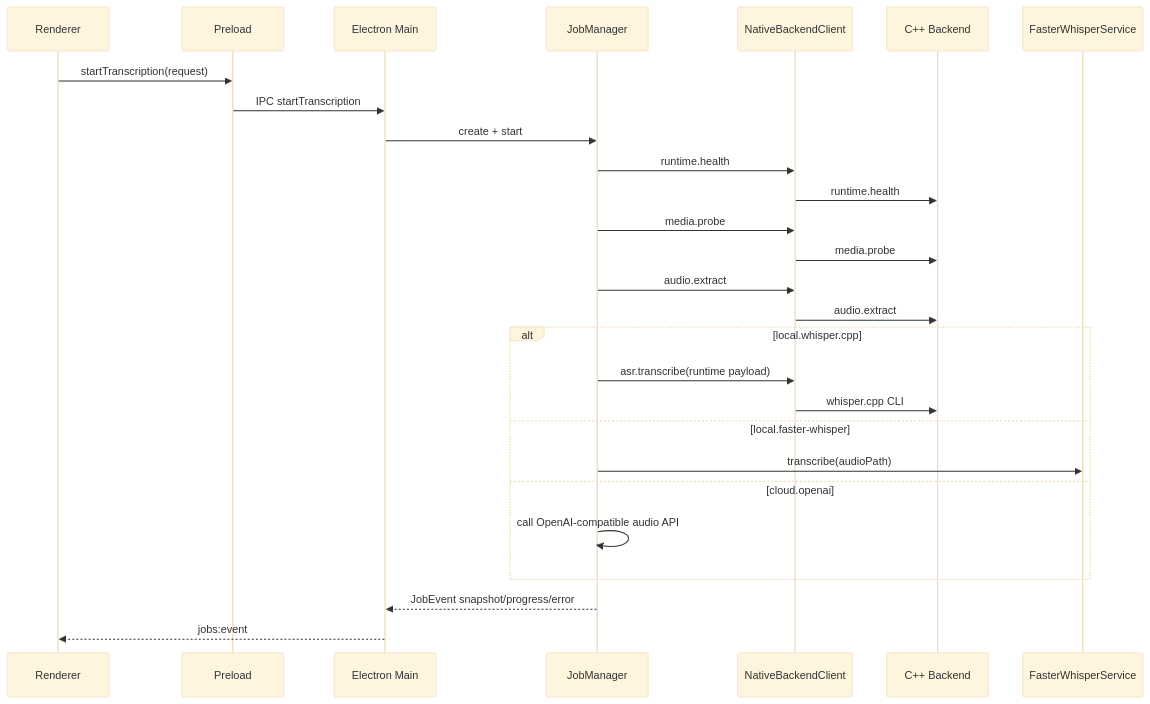
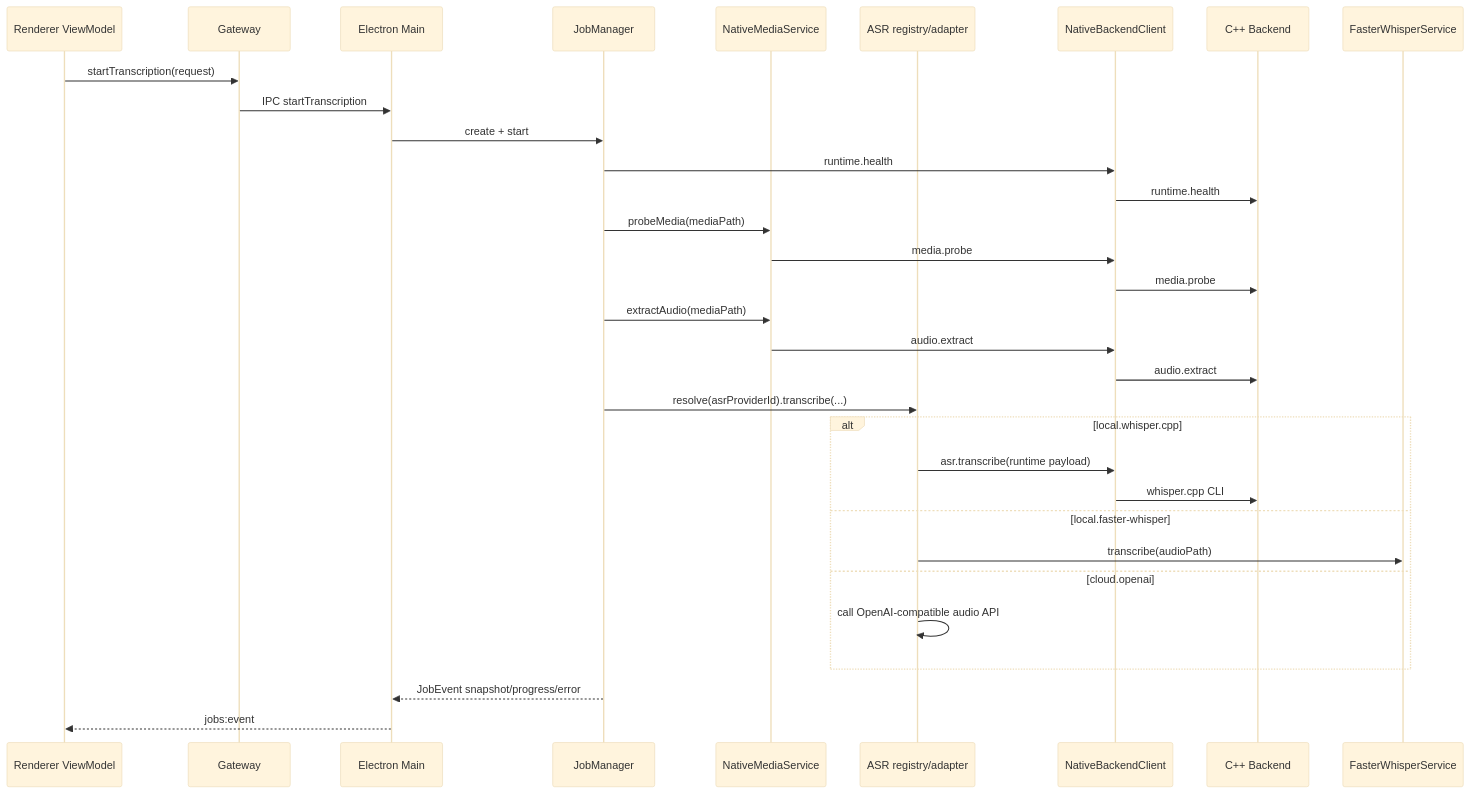
Before and after one commit to Azora-Shiraho/Translate-Ter: the second of 2 diagrams in docs/architecture.md, drawn with Mermaid (base theme). The commit also changed other lines of this file and 9 other files, not shown here.

````diff
--- a/docs/architecture.md
+++ b/docs/architecture.md
@@ -122,30 +216,35 @@
 ```mermaid
 sequenceDiagram
-  participant R as Renderer
-  participant P as Preload
+  participant R as Renderer ViewModel
+  participant G as Gateway
   participant M as Electron Main
   participant J as JobManager
+  participant NM as NativeMediaService
+  participant AR as ASR registry/adapter
   participant N as NativeBackendClient
   participant C as C++ Backend
   participant F as FasterWhisperService
 
-  R->>P: startTranscription(request)
-  P->>M: IPC startTranscription
+  R->>G: startTranscription(request)
+  G->>M: IPC startTranscription
   M->>J: create + start
   J->>N: runtime.health
   N->>C: runtime.health
-  J->>N: media.probe
+  J->>NM: probeMedia(mediaPath)
+  NM->>N: media.probe
   N->>C: media.probe
-  J->>N: audio.extract
+  J->>NM: extractAudio(mediaPath)
+  NM->>N: audio.extract
   N->>C: audio.extract
+  J->>AR: resolve(asrProviderId).transcribe(...)
   alt local.whisper.cpp
-    J->>N: asr.transcribe(runtime payload)
+    AR->>N: asr.transcribe(runtime payload)
     N->>C: whisper.cpp CLI
   else local.faster-whisper
-    J->>F: transcribe(audioPath)
+    AR->>F: transcribe(audioPath)
   else cloud.openai
-    J->>J: call OpenAI-compatible audio API
+    AR->>AR: call OpenAI-compatible audio API
   end
   J-->>M: JobEvent snapshot/progress/error
   M-->>R: jobs:event
 ```
````
